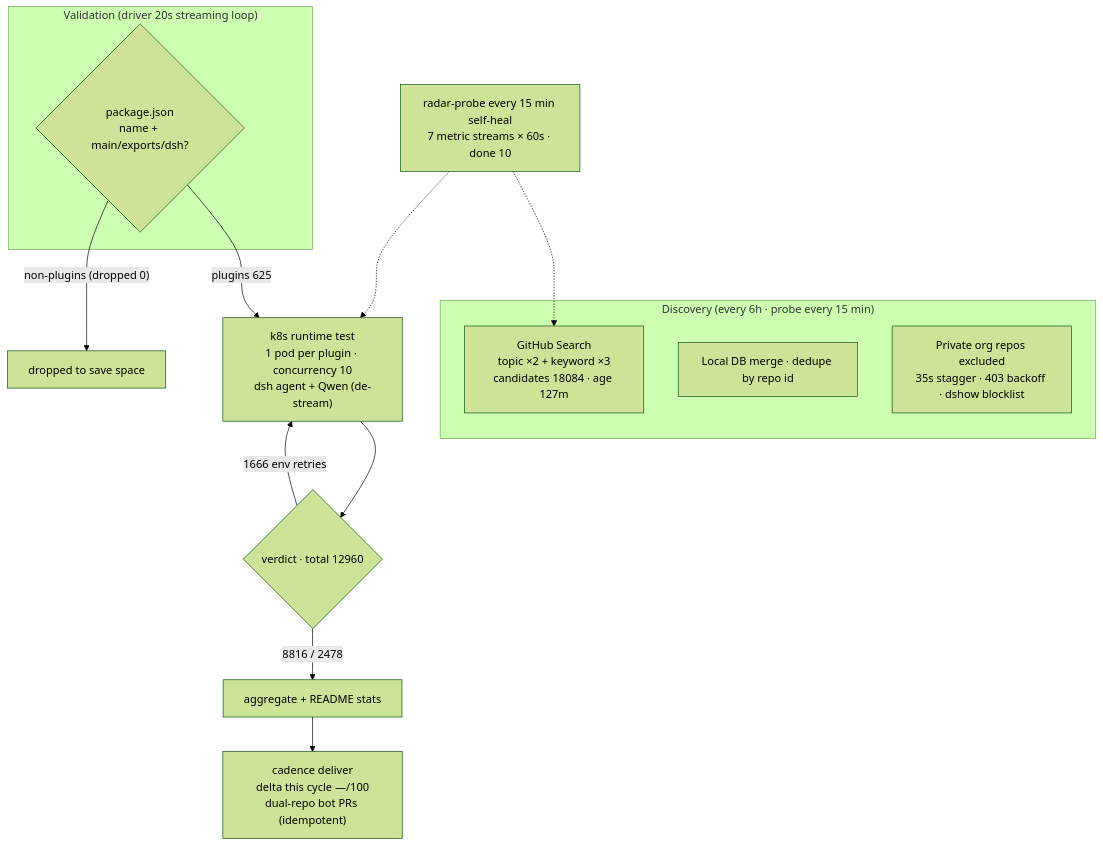
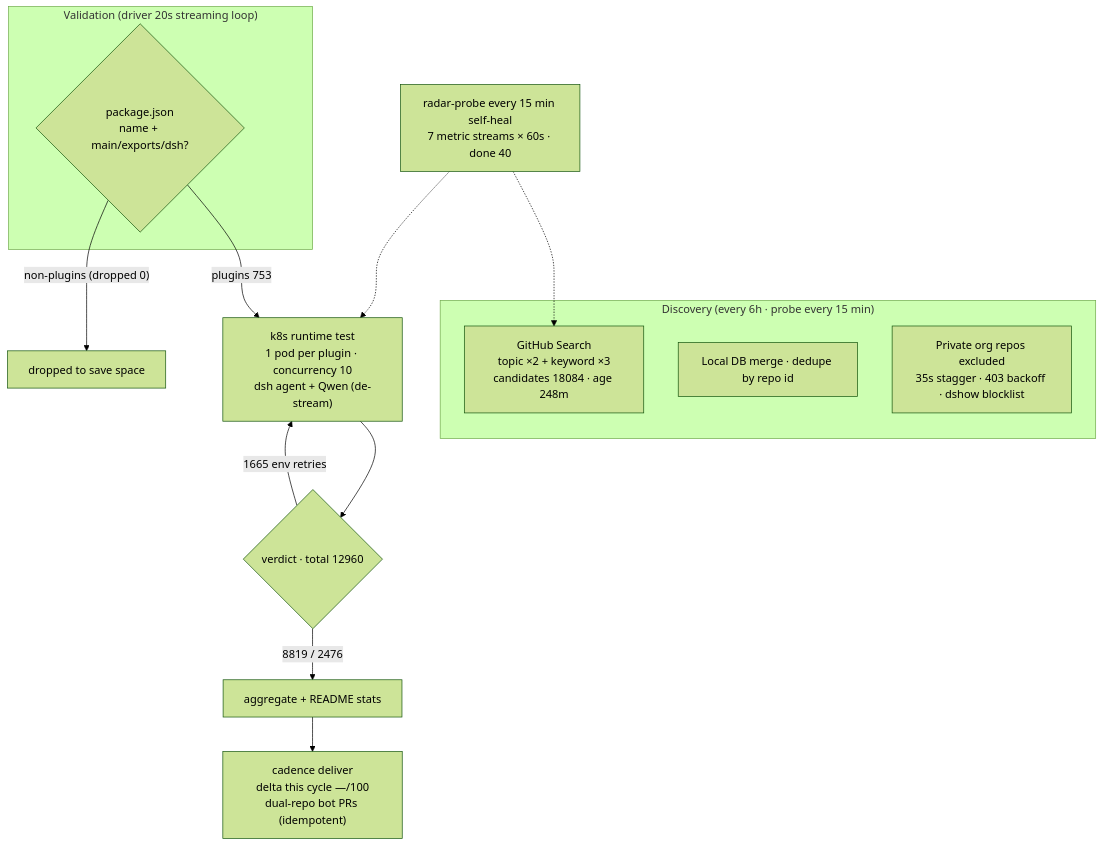
The diagram in README.en-US.md (Zhidao-Lab-OSS/awesome-dsh-plugins), drawn with Mermaid (forest theme) before and after one commit. The commit also changed other lines of this file and 1 other file, not shown here.

````diff
--- a/README.en-US.md
+++ b/README.en-US.md
@@ -45,20 +45,20 @@
 ```mermaid
 flowchart TB
     subgraph Discovery["Discovery (every 6h · probe every 15 min)"]
-        A1["GitHub Search<br/>topic ×2 + keyword ×3<br/>candidates 18084 · age 127m"]
+        A1["GitHub Search<br/>topic ×2 + keyword ×3<br/>candidates 18084 · age 248m"]
         A2["Local DB merge · dedupe by repo id"]
         A3["Private org repos excluded<br/>35s stagger · 403 backoff · dshow blocklist"]
     end
     subgraph Validation["Validation (driver 20s streaming loop)"]
         B1{"package.json<br/>name + main/exports/dsh?"}
     end
-    B1 -->|"plugins 625"| C1["k8s runtime test<br/>1 pod per plugin · concurrency 10<br/>dsh agent + Qwen (de-stream)"]
+    B1 -->|"plugins 753"| C1["k8s runtime test<br/>1 pod per plugin · concurrency 10<br/>dsh agent + Qwen (de-stream)"]
     B1 -->|"non-plugins (dropped 0)"| B3["dropped to save space"]
     C1 --> D1{"verdict · total 12960"}
-    D1 -->|"8816 / 2478"| E1["aggregate + README stats"]
-    D1 -->|"1666 env retries"| C1
+    D1 -->|"8819 / 2476"| E1["aggregate + README stats"]
+    D1 -->|"1665 env retries"| C1
     E1 --> E2["cadence deliver<br/>delta this cycle —/100<br/>dual-repo bot PRs (idempotent)"]
-    M["radar-probe every 15 min self-heal<br/>7 metric streams × 60s · done 10"]
+    M["radar-probe every 15 min self-heal<br/>7 metric streams × 60s · done 40"]
     M -.-> A1
     M -.-> C1
 ```
````
